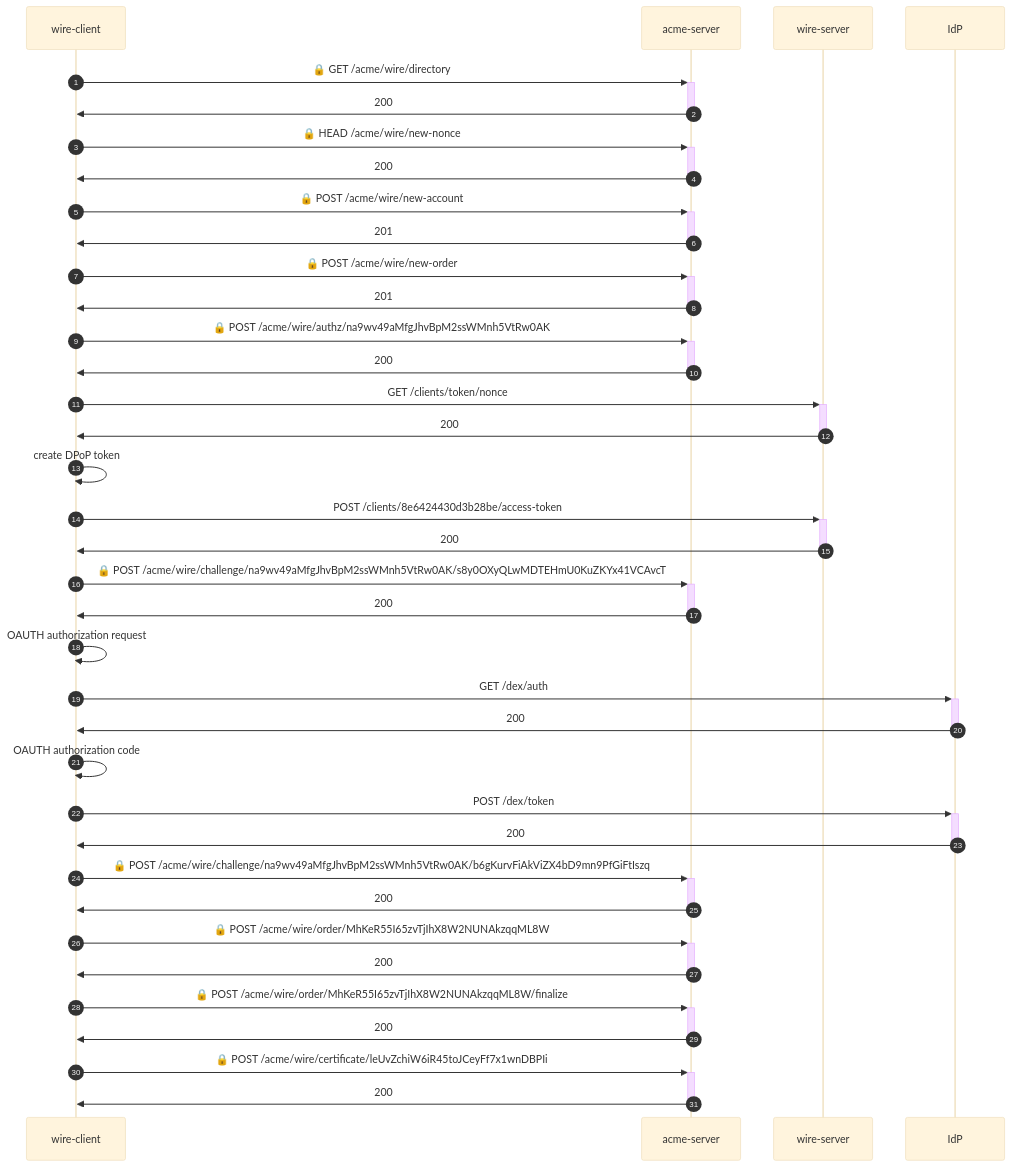
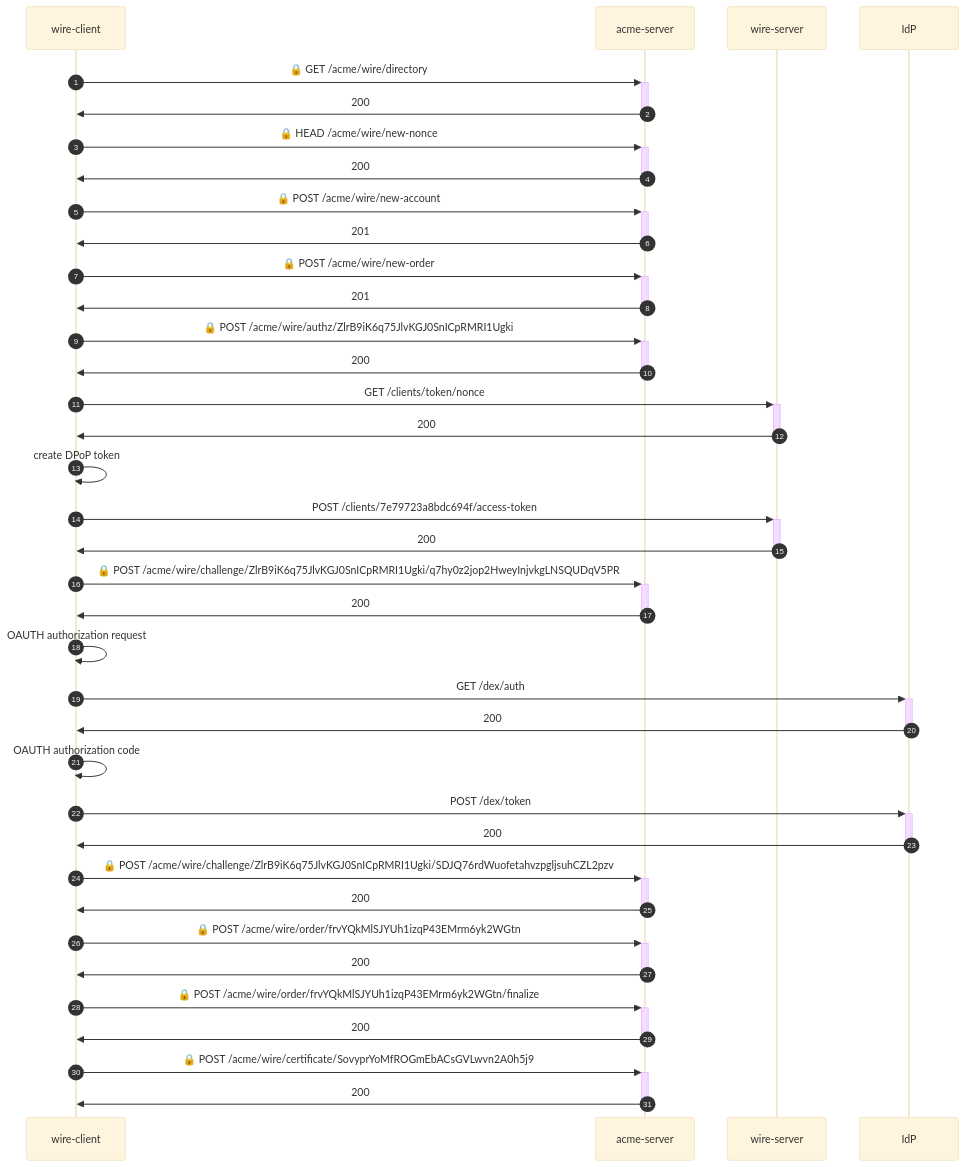
Before and after one commit to wireapp/rusty-jwt-tools: the diagram in e2e-identity/README.md, drawn with Mermaid (base theme). The commit also changed other lines of this file and 14 other files, not shown here.

Commit message:
feat!: * handle is format changed from 'im:wireapp={input}' to 'im:wireapp=%40{input}@{domain}' * WireIdentity contains JWK thumbprint of the certificate public key * WireIdentity contains a validation status (Valid/Expired/Revoked)

````diff
--- a/e2e-identity/README.md
+++ b/e2e-identity/README.md
@@ -3,35 +3,35 @@
 ```mermaid
 sequenceDiagram
     autonumber
     wire-client->>+acme-server: 🔒 GET /acme/wire/directory
     acme-server->>-wire-client: 200
     wire-client->>+acme-server: 🔒 HEAD /acme/wire/new-nonce
     acme-server->>-wire-client: 200
     wire-client->>+acme-server: 🔒 POST /acme/wire/new-account
     acme-server->>-wire-client: 201
     wire-client->>+acme-server: 🔒 POST /acme/wire/new-order
     acme-server->>-wire-client: 201
-    wire-client->>+acme-server: 🔒 POST /acme/wire/authz/na9wv49aMfgJhvBpM2ssWMnh5VtRw0AK
+    wire-client->>+acme-server: 🔒 POST /acme/wire/authz/ZlrB9iK6q75JlvKGJ0SnICpRMRI1Ugki
     acme-server->>-wire-client: 200
     wire-client->>+wire-server:  GET /clients/token/nonce
     wire-server->>-wire-client: 200
     wire-client->>wire-client: create DPoP token
-    wire-client->>+wire-server:  POST /clients/8e6424430d3b28be/access-token
+    wire-client->>+wire-server:  POST /clients/7e79723a8bdc694f/access-token
     wire-server->>-wire-client: 200
-    wire-client->>+acme-server: 🔒 POST /acme/wire/challenge/na9wv49aMfgJhvBpM2ssWMnh5VtRw0AK/s8y0OXyQLwMDTEHmU0KuZKYx41VCAvcT
+    wire-client->>+acme-server: 🔒 POST /acme/wire/challenge/ZlrB9iK6q75JlvKGJ0SnICpRMRI1Ugki/q7hy0z2jop2HweyInjvkgLNSQUDqV5PR
     acme-server->>-wire-client: 200
     wire-client->>wire-client: OAUTH authorization request
     wire-client->>+IdP:  GET /dex/auth
     IdP->>-wire-client: 200
     wire-client->>wire-client: OAUTH authorization code
     wire-client->>+IdP:  POST /dex/token
     IdP->>-wire-client: 200
-    wire-client->>+acme-server: 🔒 POST /acme/wire/challenge/na9wv49aMfgJhvBpM2ssWMnh5VtRw0AK/b6gKurvFiAkViZX4bD9mn9PfGiFtIszq
+    wire-client->>+acme-server: 🔒 POST /acme/wire/challenge/ZlrB9iK6q75JlvKGJ0SnICpRMRI1Ugki/SDJQ76rdWuofetahvzpgljsuhCZL2pzv
     acme-server->>-wire-client: 200
-    wire-client->>+acme-server: 🔒 POST /acme/wire/order/MhKeR55I65zvTjIhX8W2NUNAkzqqML8W
+    wire-client->>+acme-server: 🔒 POST /acme/wire/order/frvYQkMlSJYUh1izqP43EMrm6yk2WGtn
     acme-server->>-wire-client: 200
-    wire-client->>+acme-server: 🔒 POST /acme/wire/order/MhKeR55I65zvTjIhX8W2NUNAkzqqML8W/finalize
+    wire-client->>+acme-server: 🔒 POST /acme/wire/order/frvYQkMlSJYUh1izqP43EMrm6yk2WGtn/finalize
     acme-server->>-wire-client: 200
-    wire-client->>+acme-server: 🔒 POST /acme/wire/certificate/leUvZchiW6iR45toJCeyFf7x1wnDBPIi
+    wire-client->>+acme-server: 🔒 POST /acme/wire/certificate/SovyprYoMfROGmEbACsGVLwvn2A0h5j9
     acme-server->>-wire-client: 200
 ```
````
